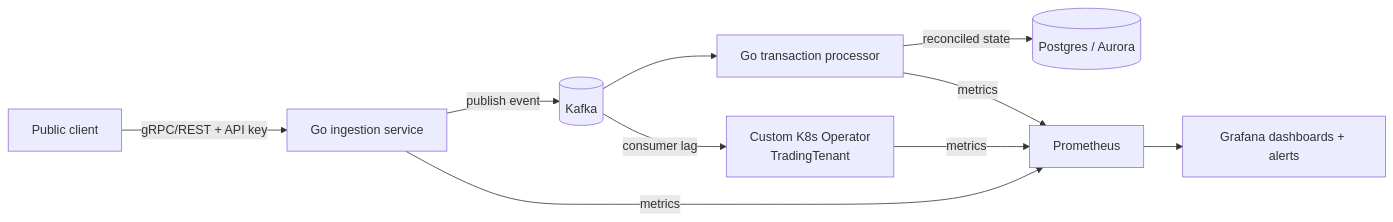
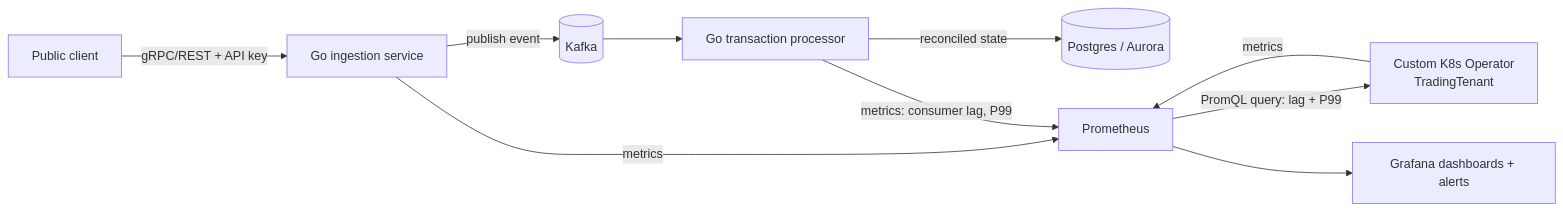
The diagram in docs/ARCHITECTURE.md (anwinsenp/go-transaction-control-plane), drawn with Mermaid before and after one commit. The commit also changed other lines of this file and 1 other file, not shown here.

First line of the commit message:
docs(operator): route lag/P99 observation through Prometheus

````diff
--- a/docs/ARCHITECTURE.md
+++ b/docs/ARCHITECTURE.md
@@ -40,12 +40,12 @@
 ```mermaid
 flowchart LR
     client[Public client] -->|gRPC/REST + API key| ingest[Go ingestion service]
     ingest -->|publish event| kafka[(Kafka)]
     kafka --> processor[Go transaction processor]
     processor -->|reconciled state| postgres[(Postgres / Aurora)]
-    kafka -->|consumer lag| operator[Custom K8s Operator\nTradingTenant]
     ingest -->|metrics| prom[Prometheus]
-    processor -->|metrics| prom
+    processor -->|metrics: consumer lag, P99| prom
     operator -->|metrics| prom
+    prom -->|PromQL query: lag + P99| operator[Custom K8s Operator\nTradingTenant]
     prom --> grafana[Grafana dashboards + alerts]
 ```
````
